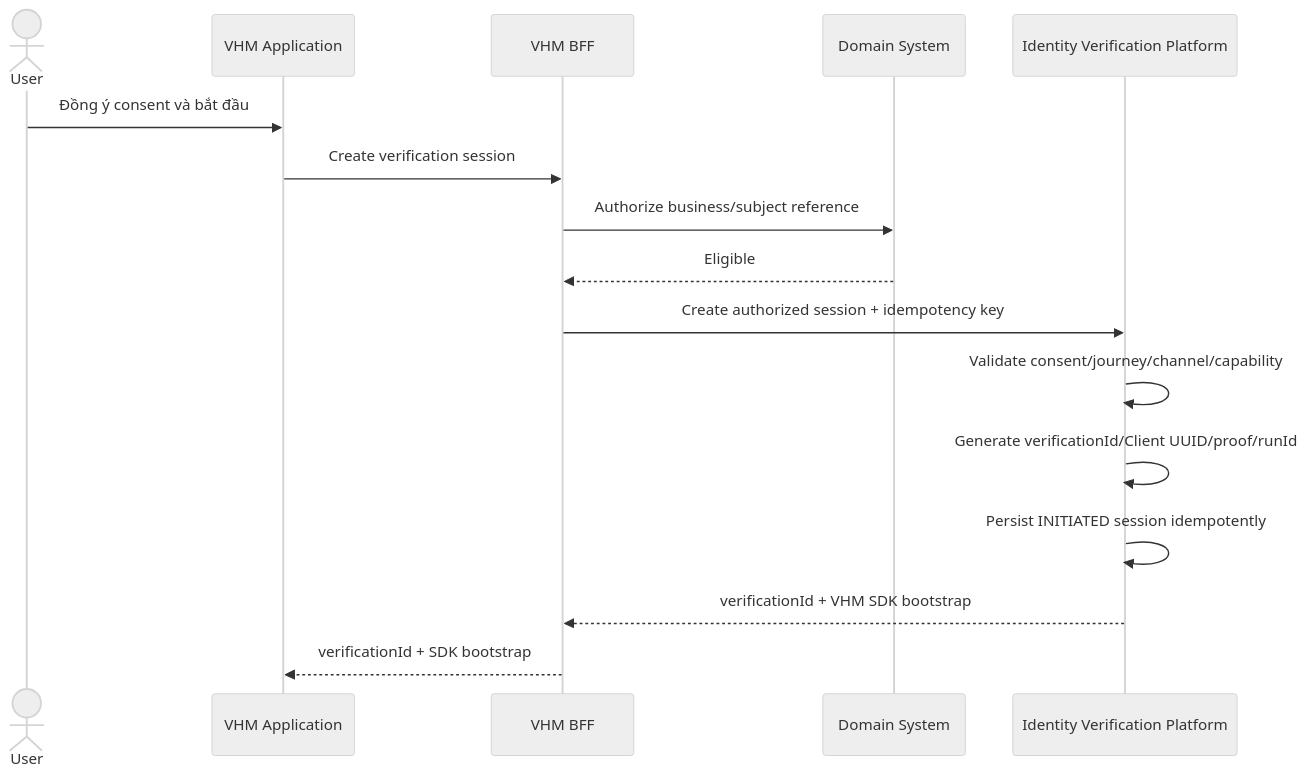
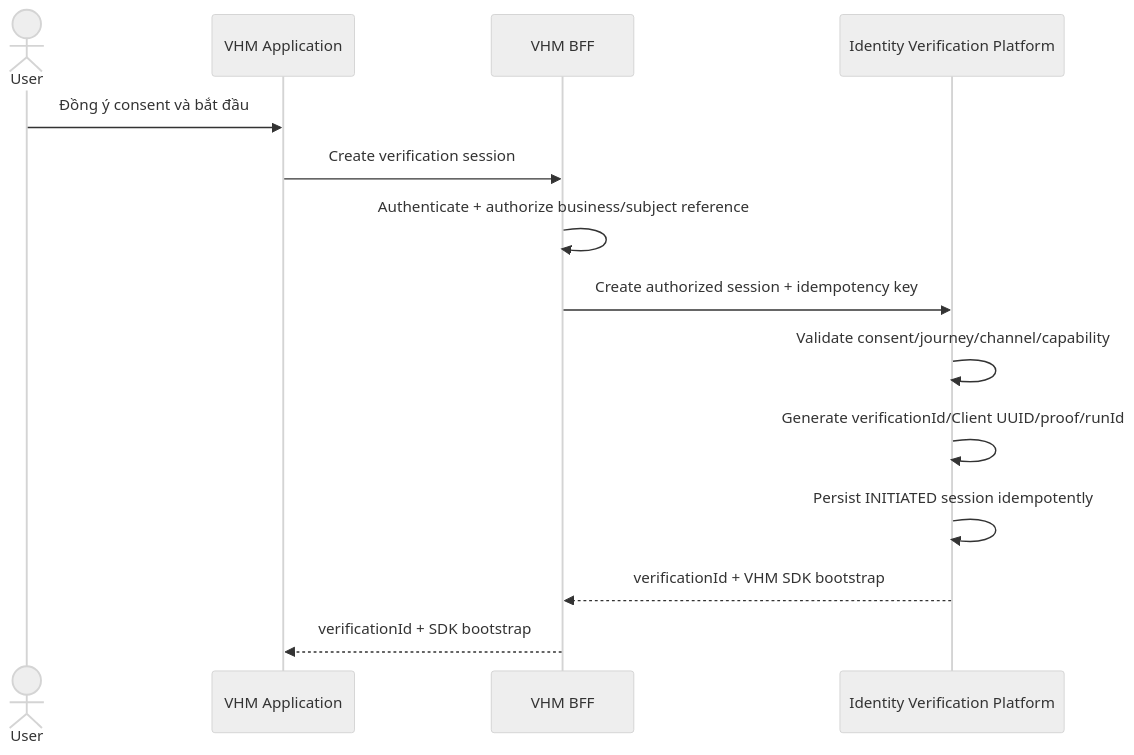
One commit to huynv-xyz/vhm changed diagram 13 of 23 in README.md. Above: the diagram before and after it, drawn with Mermaid (neutral theme). The commit also changed other lines of this file, not shown here.

````diff
--- a/README.md
+++ b/README.md
@@ -1845,18 +1840,16 @@
 ```mermaid
 sequenceDiagram
     actor User
     participant APP as VHM Application
     participant BFF as VHM BFF
-    participant DOMAIN as Domain System
     participant IV as Identity Verification Platform
     User->>APP: Đồng ý consent và bắt đầu
     APP->>BFF: Create verification session
-    BFF->>DOMAIN: Authorize business/subject reference
-    DOMAIN-->>BFF: Eligible
+    BFF->>BFF: Authenticate + authorize business/subject reference
     BFF->>IV: Create authorized session + idempotency key
     IV->>IV: Validate consent/journey/channel/capability
     IV->>IV: Generate verificationId/Client UUID/proof/runId
     IV->>IV: Persist INITIATED session idempotently
     IV-->>BFF: verificationId + VHM SDK bootstrap
     BFF-->>APP: verificationId + SDK bootstrap
 ```
````
